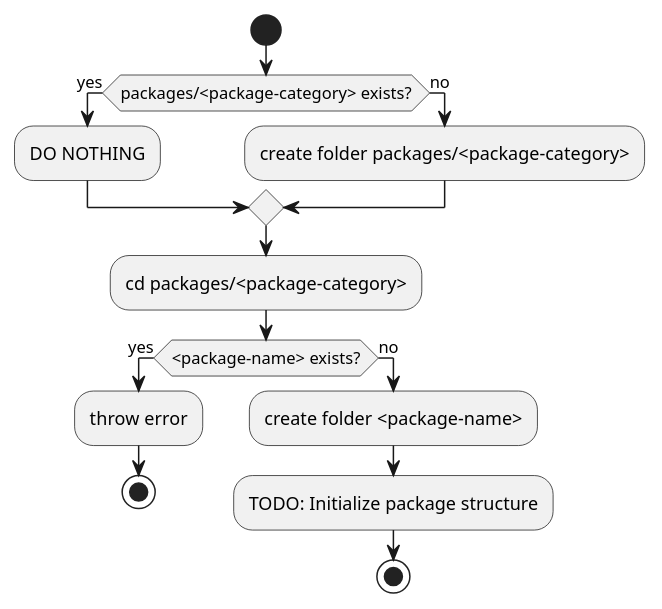
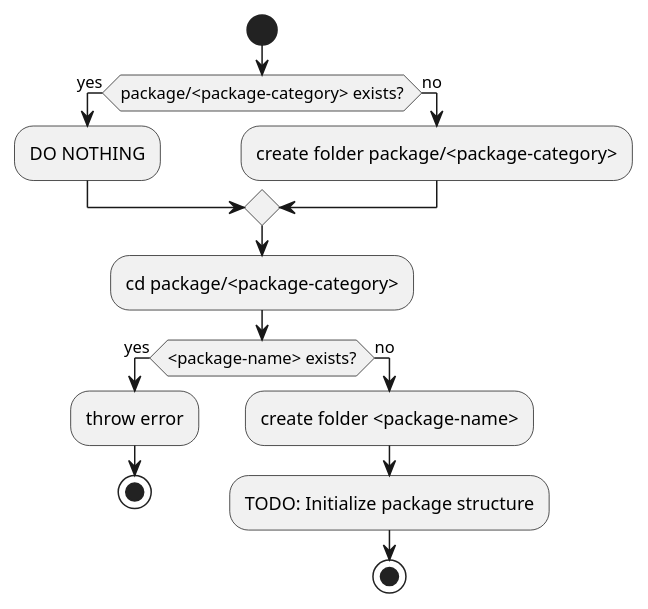
One commit to Aquaticat/Monochromatic changed the second of 2 diagrams in doc/todo/cli-tools.md. Above: the diagram before and after it, drawn with PlantUML. The commit also changed other lines of this file and 9677 other files, not shown here.

First line of the commit message:
refactor(*): rename packages/ to package/ and sibling roots per SGD

````diff
--- a/doc/todo/cli-tools.md
+++ b/doc/todo/cli-tools.md
@@ -69,22 +69,22 @@
 ```plantuml
 @startuml
 start
 
-if (packages/<package-category> exists?) then (yes)
+if (package/<package-category> exists?) then (yes)
   :DO NOTHING;
 else (no)
-  :create folder packages/<package-category>;
+  :create folder package/<package-category>;
 endif
 
-:cd packages/<package-category>;
+:cd package/<package-category>;
 
 if (<package-name> exists?) then (yes)
   :throw error;
   stop
 else (no)
   :create folder <package-name>;
   :TODO: Initialize package structure;
   stop
 endif
 @enduml
 ```
````
